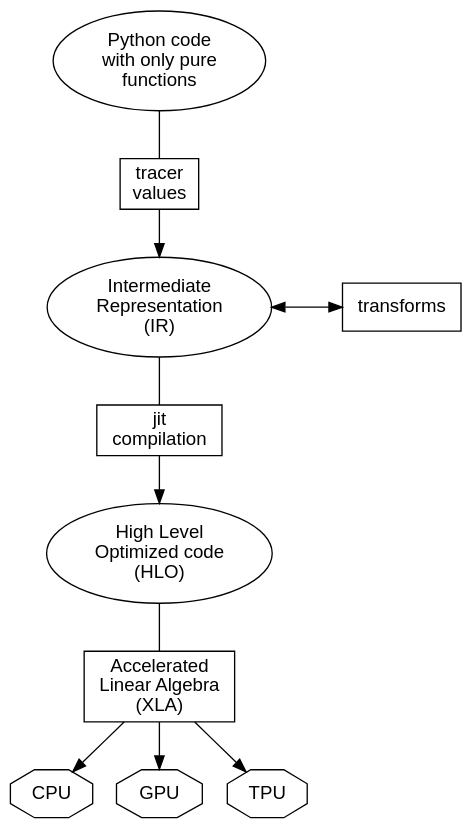
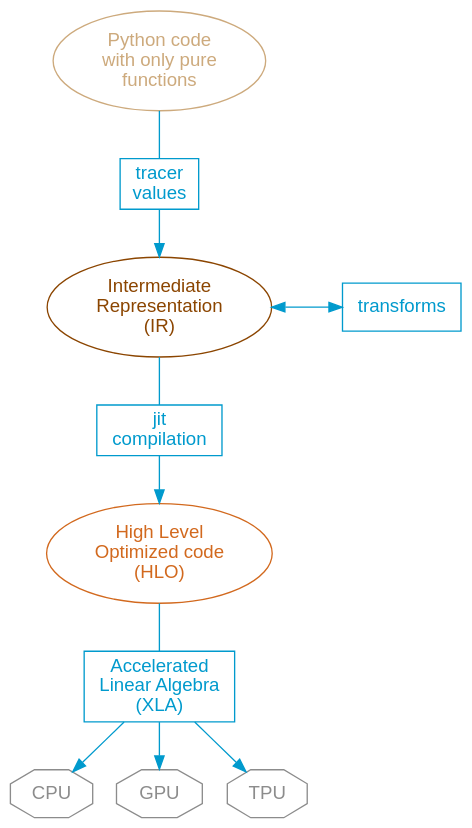
The diagram in ml/jx_principles.qmd (WestDRI/arc-training), drawn with Graphviz before and after one commit. The commit also changed other lines of this file and 10 other files, not shown here.

Commit message:
add colors to jax intro diagrams

````diff
--- a/ml/jx_principles.qmd
+++ b/ml/jx_principles.qmd
@@ -22,34 +15,39 @@
 ```{dot}
 //| echo: false
 //| fig-height: 800px
 
 strict digraph {
 
 bgcolor="transparent"
 node [fontname="Inconsolata, sans-serif"]
+edge [color=deepskyblue3]
 
-"tracer\nvalues" [shape=rectangle]
-"jit\ncompilation" [shape=rectangle]
-"Accelerated\nLinear Algebra\n(XLA)" [shape=rectangle]
-"transforms" [shape=rectangle]
+"tracer\nvalues" [shape=rectangle, color=deepskyblue3, fontcolor=deepskyblue3]
+"jit\ncompilation" [shape=rectangle, color=deepskyblue3, fontcolor=deepskyblue3]
+"Accelerated\nLinear Algebra\n(XLA)" [shape=rectangle, color=deepskyblue3, fontcolor=deepskyblue3]
+"transforms" [shape=rectangle, color=deepskyblue3, fontcolor=deepskyblue3]
 
-CPU [shape=octagon]
-GPU [shape=octagon]
-TPU [shape=octagon]
+CPU [shape=octagon, color=gray55, fontcolor=gray55]
+GPU [shape=octagon, color=gray55, fontcolor=gray55]
+TPU [shape=octagon, color=gray55, fontcolor=gray55]
 
-"Python code\nwith only pure\nfunctions"-> "tracer\nvalues" [dir=none]
+"Python code\nwith only pure\nfunctions" [color=burlywood3, fontcolor=burlywood3]
+"Intermediate\nRepresentation\n(IR)" [color=darkorange4, fontcolor=darkorange4]
+"High Level\nOptimized code\n(HLO)" [color=chocolate, fontcolor=chocolate]
+
+"Python code\nwith only pure\nfunctions" -> "tracer\nvalues" [dir=none]
 "tracer\nvalues" -> "Intermediate\nRepresentation\n(IR)"
 "Intermediate\nRepresentation\n(IR)" -> "jit\ncompilation" [dir=none]
 "jit\ncompilation" -> "High Level\nOptimized code\n(HLO)"
 "High Level\nOptimized code\n(HLO)" -> "Accelerated\nLinear Algebra\n(XLA)" [dir=none]
 
 "Accelerated\nLinear Algebra\n(XLA)" -> CPU [shape=doubleoctagon]
 "Accelerated\nLinear Algebra\n(XLA)" -> GPU
 "Accelerated\nLinear Algebra\n(XLA)" -> TPU
 
 "Intermediate\nRepresentation\n(IR)" -> "transforms" [dir=both, minlen=3]
 
 {rank=same; "Intermediate\nRepresentation\n(IR)" "transforms"}
 
 }
 ```
````
